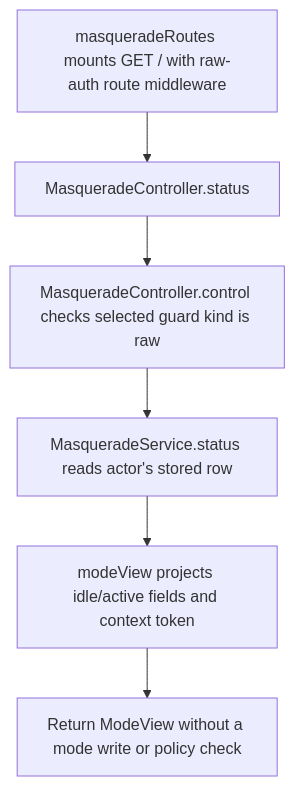
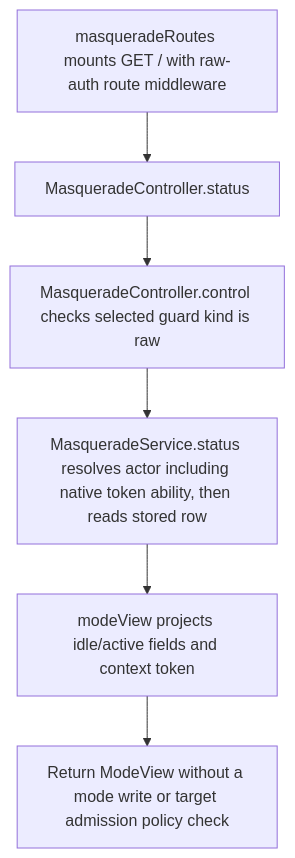
Before and after one commit to Kevinjohn/oss-adonisjs-masquerade: the second of 2 diagrams in user-stories/start-stop-mode/us-actor-06-read-mode-status.md, drawn with Mermaid. The commit also changed other lines of this file and 8 other files, not shown here.

Commit message:
docs: correct catalogue behavior and recovery flows

````diff
--- a/user-stories/start-stop-mode/us-actor-06-read-mode-status.md
+++ b/user-stories/start-stop-mode/us-actor-06-read-mode-status.md
@@ -33,8 +33,8 @@
 ```mermaid
 flowchart TD
  A["masqueradeRoutes mounts GET / with raw-auth route middleware"] --> B["MasqueradeController.status"]
  B --> C["MasqueradeController.control checks selected guard kind is raw"]
- C --> D["MasqueradeService.status reads actor's stored row"]
+ C --> D["MasqueradeService.status resolves actor including native token ability, then reads stored row"]
  D --> E["modeView projects idle/active fields and context token"]
- E --> F["Return ModeView without a mode write or policy check"]
+ E --> F["Return ModeView without a mode write or target admission policy check"]
 ```
````
